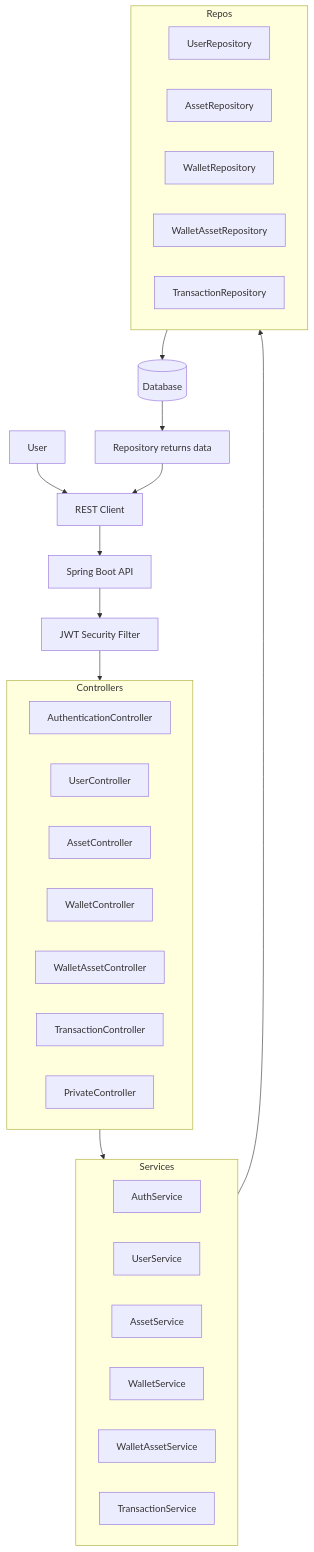
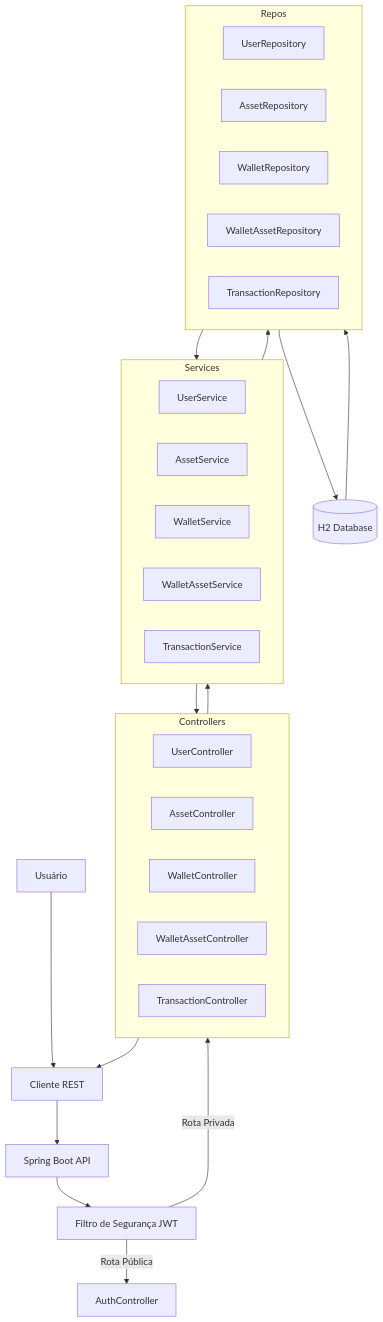
Before and after one commit to Guimeb/Java-API: the second of 2 diagrams in README.md, drawn with Mermaid. The commit also changed other lines of this file and 7 other files, not shown here.

````diff
--- a/README.md
+++ b/README.md
@@ -311,51 +317,44 @@
 ```mermaid
 flowchart TD
-    %% --------- CLIENT ----------
-    U[User] --> Client[REST Client]
+    U[Usuário] --> Client[Cliente REST]
+    
+    Client --> API[Spring Boot API]
 
-    %% --------- API ENTRY ----------
-    Client --> API["Spring Boot API"]
+    API --> JWTSec[Filtro de Segurança JWT]
 
-    %% --------- SECURITY ----------
-    API --> JWTSec[JWT Security Filter]
+    JWTSec -- Rota Pública --> AuthC[AuthController]
+    JWTSec -- Rota Privada --> Controllers
 
-    %% --------- CONTROLLERS ----------
-    JWTSec --> Controllers
     subgraph Controllers
-        AuthC[AuthenticationController]
         UserC[UserController]
         AssetC[AssetController]
         WalletC[WalletController]
         WAController[WalletAssetController]
         TxC[TransactionController]
-        PrivateC[PrivateController]
     end
 
-    %% --------- SERVICES ----------
     Controllers --> Services
     subgraph Services
-        AuthS[AuthService]
         UserS[UserService]
         AssetS[AssetService]
         WalletS[WalletService]
         WASvc[WalletAssetService]
         TxSvc[TransactionService]
     end
 
-    %% --------- REPOSITORIES ----------
     Services --> Repos
     subgraph Repos
         UserRepo[UserRepository]
         AssetRepo[AssetRepository]
         WalletRepo[WalletRepository]
         WalletAssetRepo[WalletAssetRepository]
         TxRepo[TransactionRepository]
     end
 
-    %% --------- DATABASE ----------
-    Repos --> DB[(Database)]
+    Repos --> DB[(H2 Database)]
 
-    %% --------- RESPONSE ----------
-    DB --> Response[Repository returns data]
-    Response --> Client
+    DB --> Repos
+    Repos --> Services
+    Services --> Controllers
+    Controllers --> Client
 ```
````
